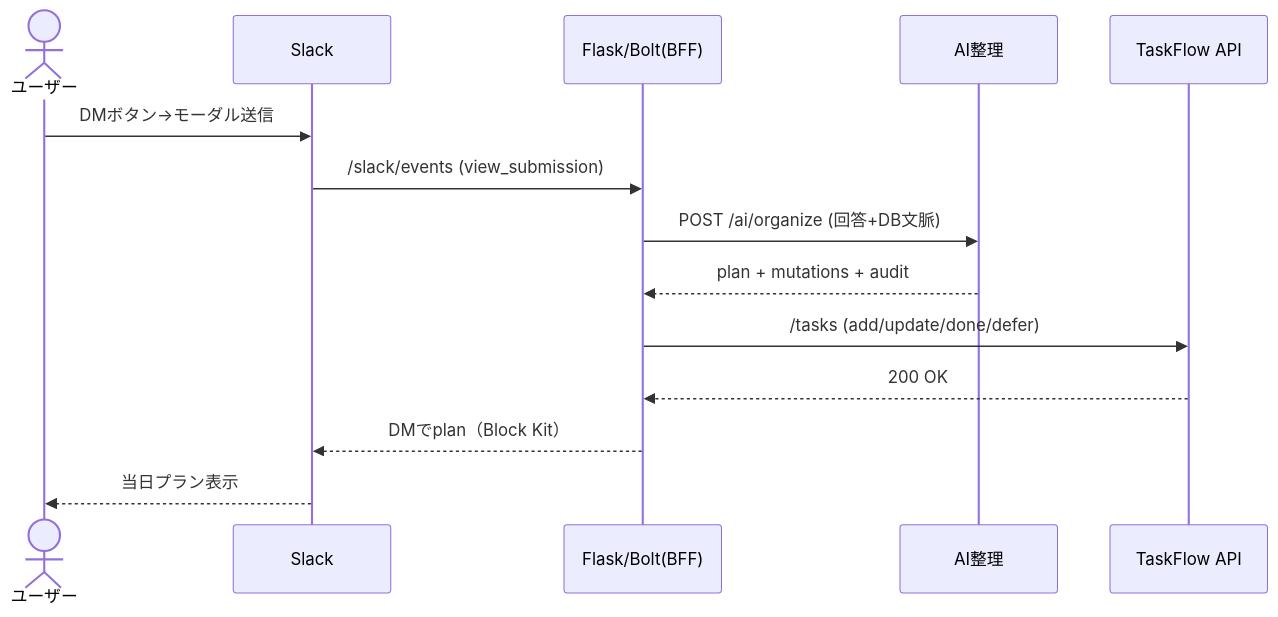
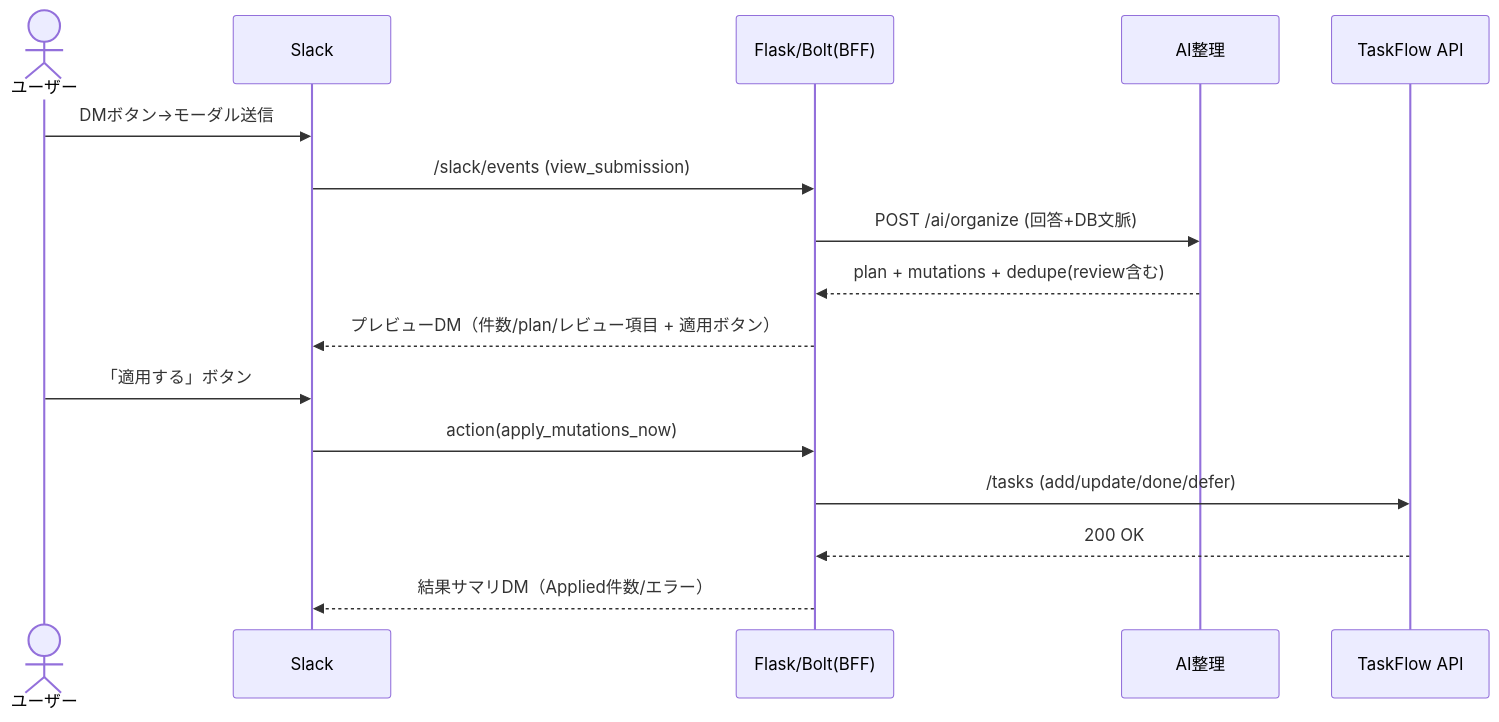
The fifth of 7 diagrams in docs/ARCHITECTURE.md (n2o0vhukut/taskFlow), drawn with Mermaid before and after one commit. The commit also changed other lines of this file and 4 other files, not shown here.

````diff
--- a/docs/ARCHITECTURE.md
+++ b/docs/ARCHITECTURE.md
@@ -219,16 +221,18 @@
 ```mermaid
 sequenceDiagram
   actor User as ユーザー
   participant Slack as Slack
   participant Bot as Flask/Bolt(BFF)
   participant AI as AI整理
   participant TF as TaskFlow API
   User->>Slack: DMボタン→モーダル送信
   Slack->>Bot: /slack/events (view_submission)
   Bot->>AI: POST /ai/organize (回答+DB文脈)
-  AI-->>Bot: plan + mutations + audit
+  AI-->>Bot: plan + mutations + dedupe(review含む)
+  Bot-->>Slack: プレビューDM（件数/plan/レビュー項目 + 適用ボタン）
+  User->>Slack: 「適用する」ボタン
+  Slack->>Bot: action(apply_mutations_now)
   Bot->>TF: /tasks (add/update/done/defer)
   TF-->>Bot: 200 OK
-  Bot-->>Slack: DMでplan（Block Kit）
-  Slack-->>User: 当日プラン表示
+  Bot-->>Slack: 結果サマリDM（Applied件数/エラー）
 ```
````
